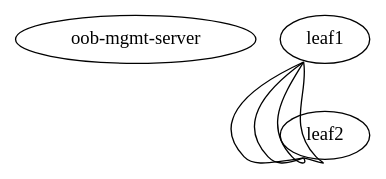
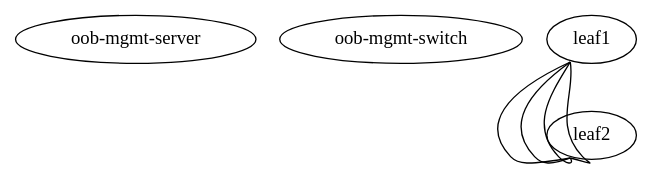
One commit to cgoncalves/cumulus_topology_converter changed the diagram in examples/2switch_auto_mgmt.dot. Above: the diagram before and after it, drawn with Graphviz. The commit also changed 3 other files, not shown here.

Commit message:
Updated for OOB-mgmt-switch changes.

```diff
--- a/examples/2switch_auto_mgmt.dot
+++ b/examples/2switch_auto_mgmt.dot
@@ -1,9 +1,10 @@
 graph dc1 {
  "oob-mgmt-server" [function="oob-server" mgmt_ip="192.168.200.254"]
+ "oob-mgmt-switch" [function="oob-switch" mgmt_ip="192.168.200.1"]
  "leaf1" [function="leaf" mgmt_ip="192.168.200.10"]
  "leaf2" [function="leaf" mgmt_ip="192.168.200.20"]
    "leaf1":"swp1" -- "leaf2":"swp1"
    "leaf1":"swp2" -- "leaf2":"swp2"
    "leaf1":"swp3" -- "leaf2":"swp3"
    "leaf1":"swp4" -- "leaf2":"swp4"
 }
```
